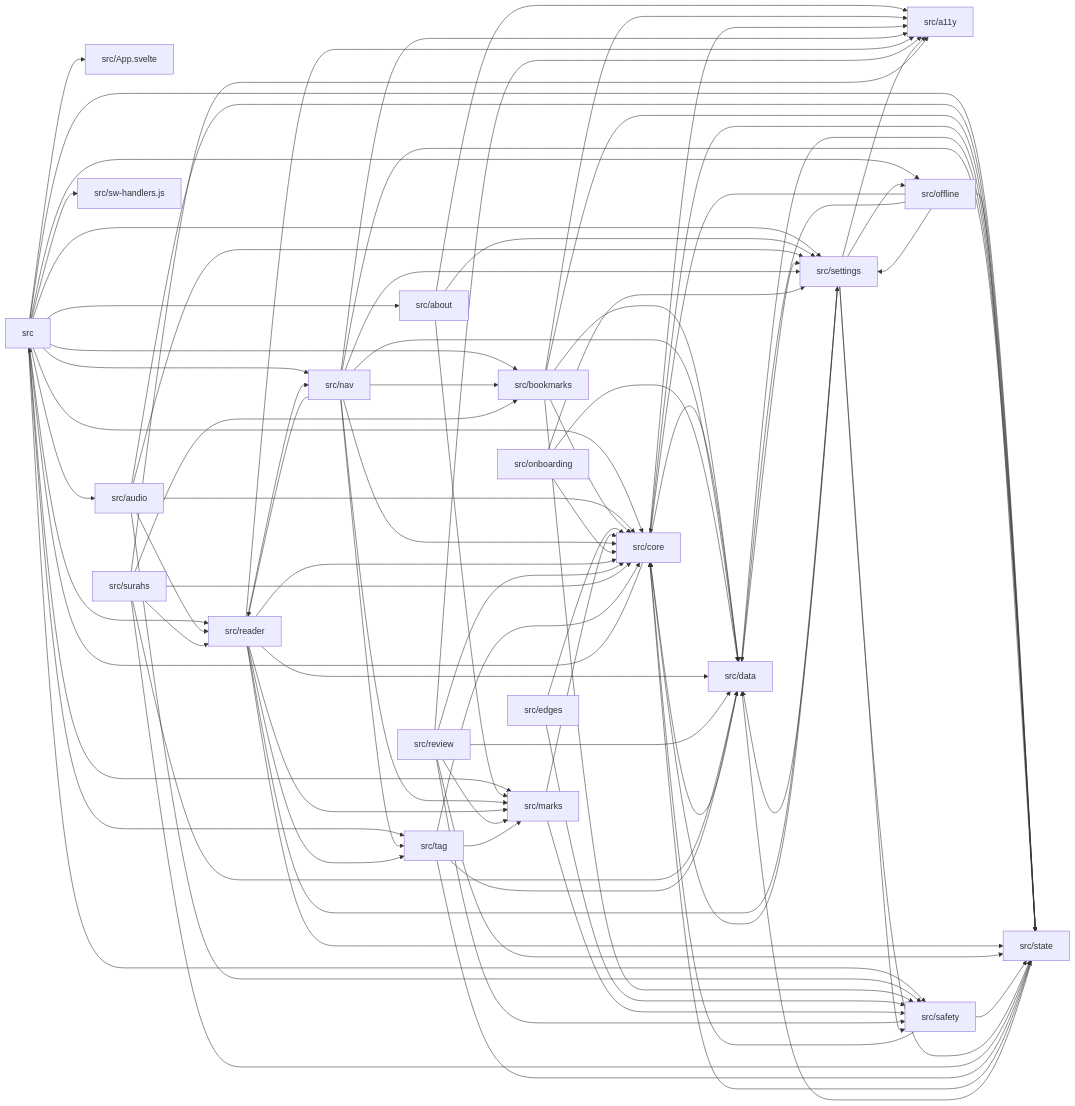
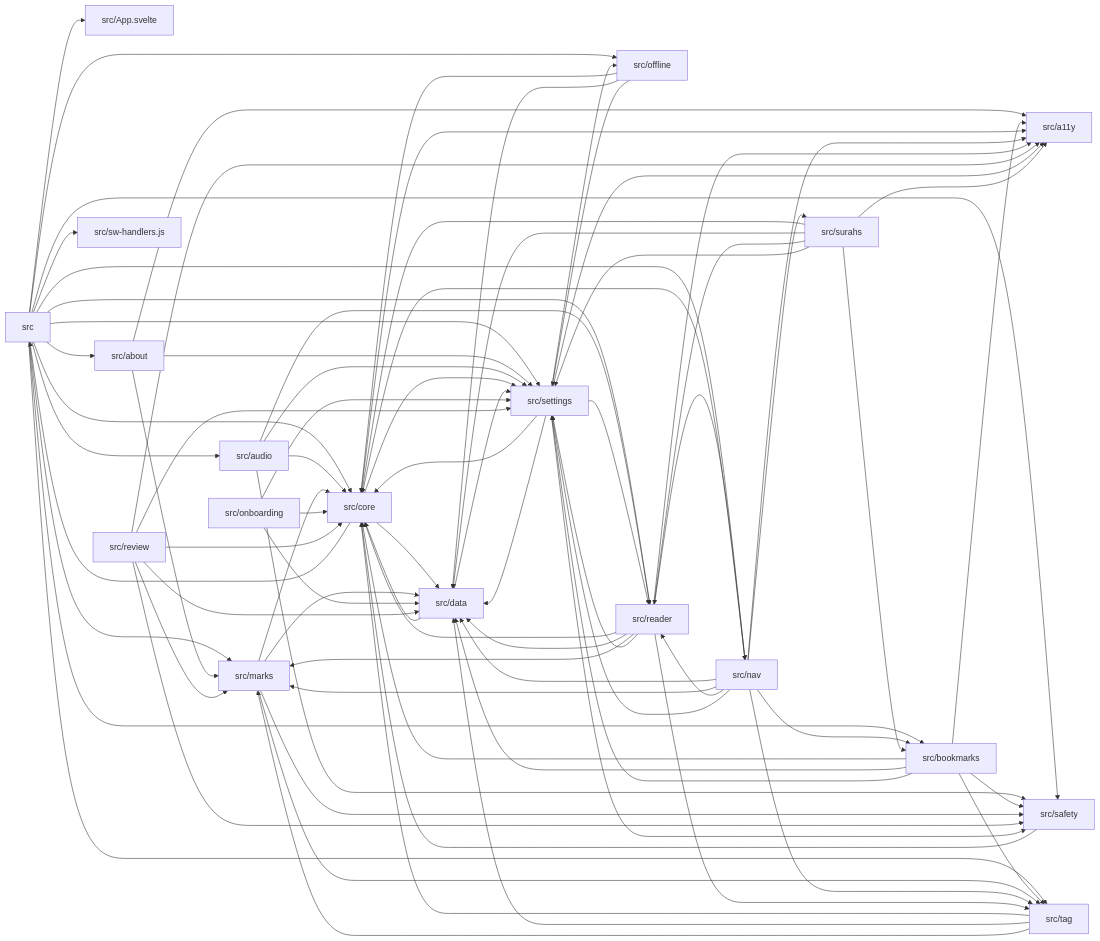
One commit to Omar-MD/QuranAtlas changed the diagram in docs/context/module-graph.md. Above: the diagram before and after it, drawn with Mermaid. The commit also changed other lines of this file and 105 other files, not shown here.

````diff
--- a/docs/context/module-graph.md
+++ b/docs/context/module-graph.md
@@ -17,7 +17,6 @@
   src_bookmarks["src/bookmarks"]
   src_core["src/core"]
   src_data["src/data"]
-  src_edges["src/edges"]
   src_marks["src/marks"]
   src_nav["src/nav"]
   src_offline["src/offline"]
@@ -26,7 +25,6 @@
   src_review["src/review"]
   src_safety["src/safety"]
   src_settings["src/settings"]
-  src_state["src/state"]
   src_surahs["src/surahs"]
   src_sw_handlers_js["src/sw-handlers.js"]
   src_tag["src/tag"]
@@ -41,7 +39,6 @@
   src --> src_reader
   src --> src_safety
   src --> src_settings
-  src --> src_state
   src --> src_sw_handlers_js
   src --> src_tag
   src_about --> src_a11y
@@ -51,23 +48,22 @@
   src_audio --> src_reader
   src_audio --> src_safety
   src_audio --> src_settings
-  src_audio --> src_state
   src_bookmarks --> src_a11y
   src_bookmarks --> src_core
   src_bookmarks --> src_data
   src_bookmarks --> src_safety
-  src_bookmarks --> src_state
+  src_bookmarks --> src_settings
+  src_bookmarks --> src_tag
   src_core --> src
   src_core --> src_a11y
   src_core --> src_data
-  src_core --> src_state
+  src_core --> src_settings
   src_data --> src_core
   src_data --> src_settings
-  src_data --> src_state
-  src_edges --> src_core
-  src_edges --> src_safety
   src_marks --> src_core
+  src_marks --> src_data
   src_marks --> src_safety
+  src_marks --> src_tag
   src_nav --> src_a11y
   src_nav --> src_bookmarks
   src_nav --> src_core
@@ -75,12 +71,11 @@
   src_nav --> src_marks
   src_nav --> src_reader
   src_nav --> src_settings
-  src_nav --> src_state
+  src_nav --> src_surahs
   src_nav --> src_tag
   src_offline --> src_core
   src_offline --> src_data
   src_offline --> src_settings
-  src_offline --> src_state
   src_onboarding --> src_core
   src_onboarding --> src_data
   src_onboarding --> src_settings
@@ -90,32 +85,27 @@
   src_reader --> src_marks
   src_reader --> src_nav
   src_reader --> src_settings
-  src_reader --> src_state
   src_reader --> src_tag
   src_review --> src_a11y
   src_review --> src_core
   src_review --> src_data
   src_review --> src_marks
   src_review --> src_safety
-  src_review --> src_state
+  src_review --> src_settings
   src_safety --> src_core
-  src_safety --> src_state
   src_settings --> src_a11y
   src_settings --> src_core
   src_settings --> src_data
   src_settings --> src_offline
+  src_settings --> src_reader
   src_settings --> src_safety
-  src_settings --> src_state
-  src_state --> src_core
-  src_state --> src_data
   src_surahs --> src_a11y
   src_surahs --> src_bookmarks
   src_surahs --> src_core
   src_surahs --> src_data
   src_surahs --> src_reader
-  src_surahs --> src_state
+  src_surahs --> src_settings
   src_tag --> src_core
   src_tag --> src_data
   src_tag --> src_marks
-  src_tag --> src_state
 ```
````
